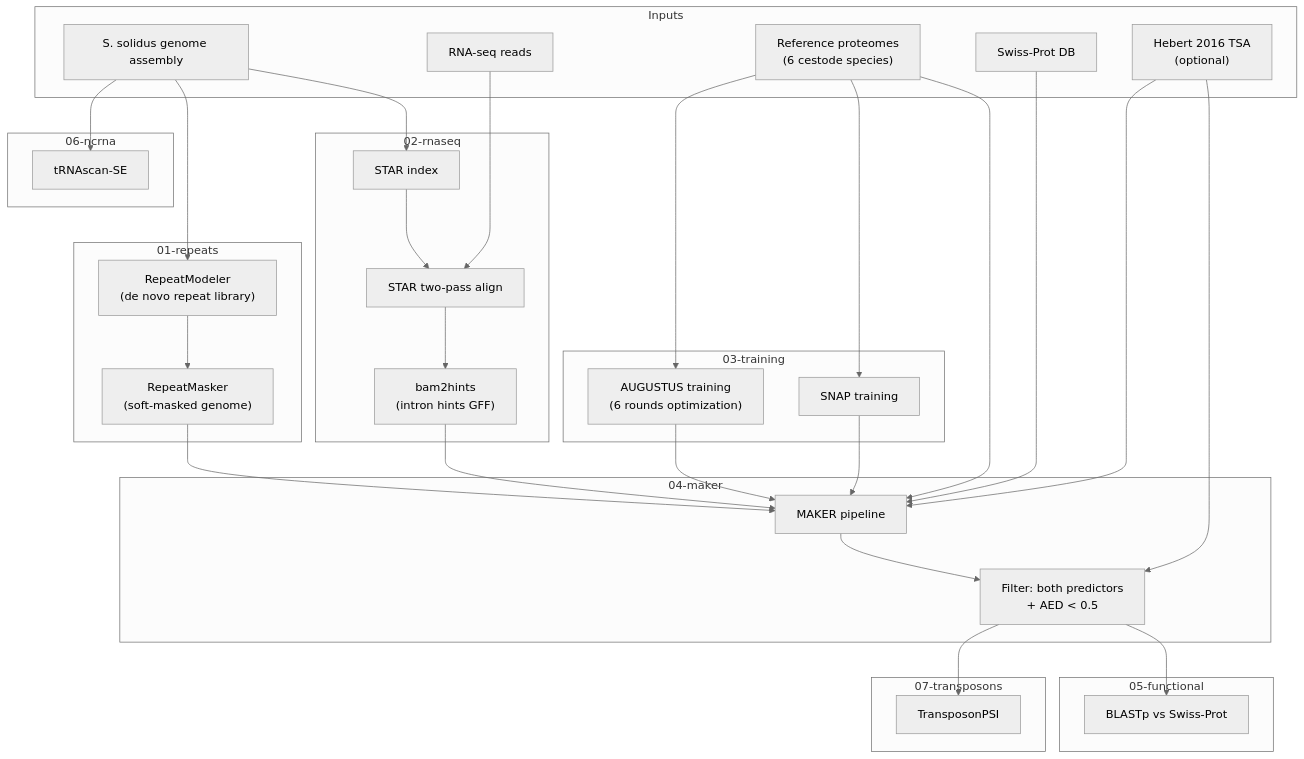
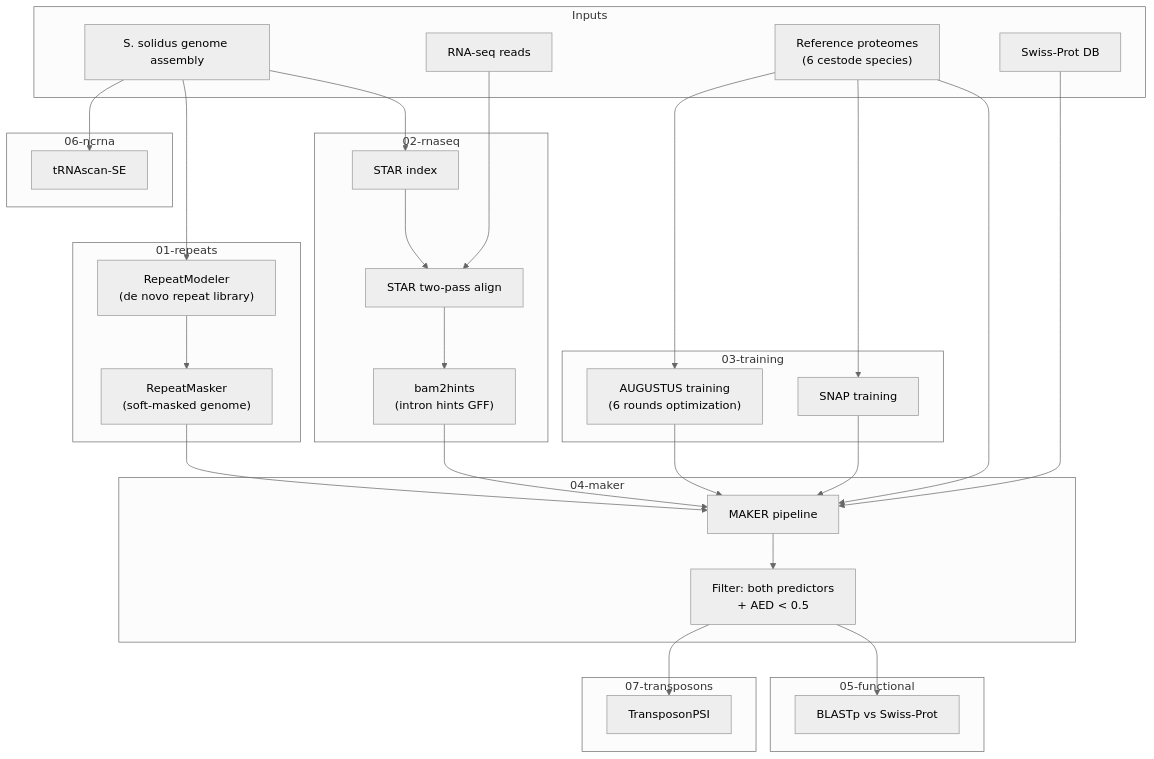
One commit to jweber-lab/ssol-annotation changed the diagram in README.md. Above: the diagram before and after it, drawn with Mermaid (neutral theme). The commit also changed other lines of this file and 3 other files, not shown here.

Commit message:
removing TSA from MAKER

````diff
--- a/README.md
+++ b/README.md
@@ -10,61 +10,58 @@
 ```mermaid
 flowchart TD
     subgraph inputs [Inputs]
         Genome["S. solidus genome assembly"]
         RNAseq["RNA-seq reads"]
         RefProt["Reference proteomes\n(6 cestode species)"]
         UniProt["Swiss-Prot DB"]
-        TSA["Hebert 2016 TSA\n(optional)"]
     end
 
     subgraph step1 [01-repeats]
         RM["RepeatModeler\n(de novo repeat library)"]
         RMask["RepeatMasker\n(soft-masked genome)"]
     end
 
     subgraph step2 [02-rnaseq]
         StarIdx["STAR index"]
         StarAln["STAR two-pass align"]
         Hints["bam2hints\n(intron hints GFF)"]
     end
 
     subgraph step3 [03-training]
         AugTrain["AUGUSTUS training\n(6 rounds optimization)"]
         SnapTrain["SNAP training"]
     end
 
     subgraph step4 [04-maker]
         Maker["MAKER pipeline"]
         Filter["Filter: both predictors\n+ AED < 0.5"]
     end
 
     subgraph step5 [05-functional]
         BlastUni["BLASTp vs Swiss-Prot"]
     end
 
     subgraph step6 [06-ncrna]
         tRNA["tRNAscan-SE"]
     end
 
     subgraph step7 [07-transposons]
         TPSI["TransposonPSI"]
     end
 
     Genome --> RM --> RMask
     Genome --> StarIdx --> StarAln
     RNAseq --> StarAln --> Hints
     RefProt --> AugTrain
     RefProt --> SnapTrain
     RMask --> Maker
     Hints --> Maker
     AugTrain --> Maker
     SnapTrain --> Maker
     RefProt --> Maker
     UniProt --> Maker
     Maker --> Filter
     Filter --> BlastUni
     Filter --> TPSI
     Genome --> tRNA
-    TSA --> Maker
-    TSA --> Filter
 ```
````
